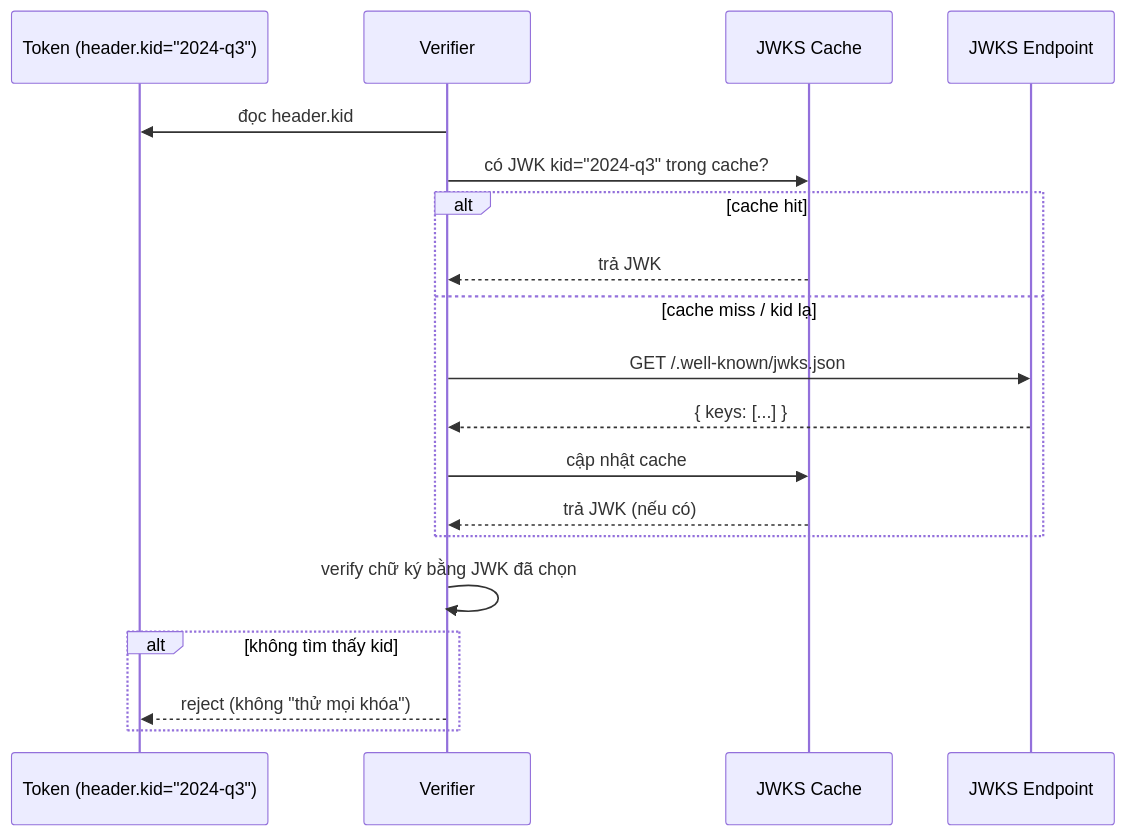
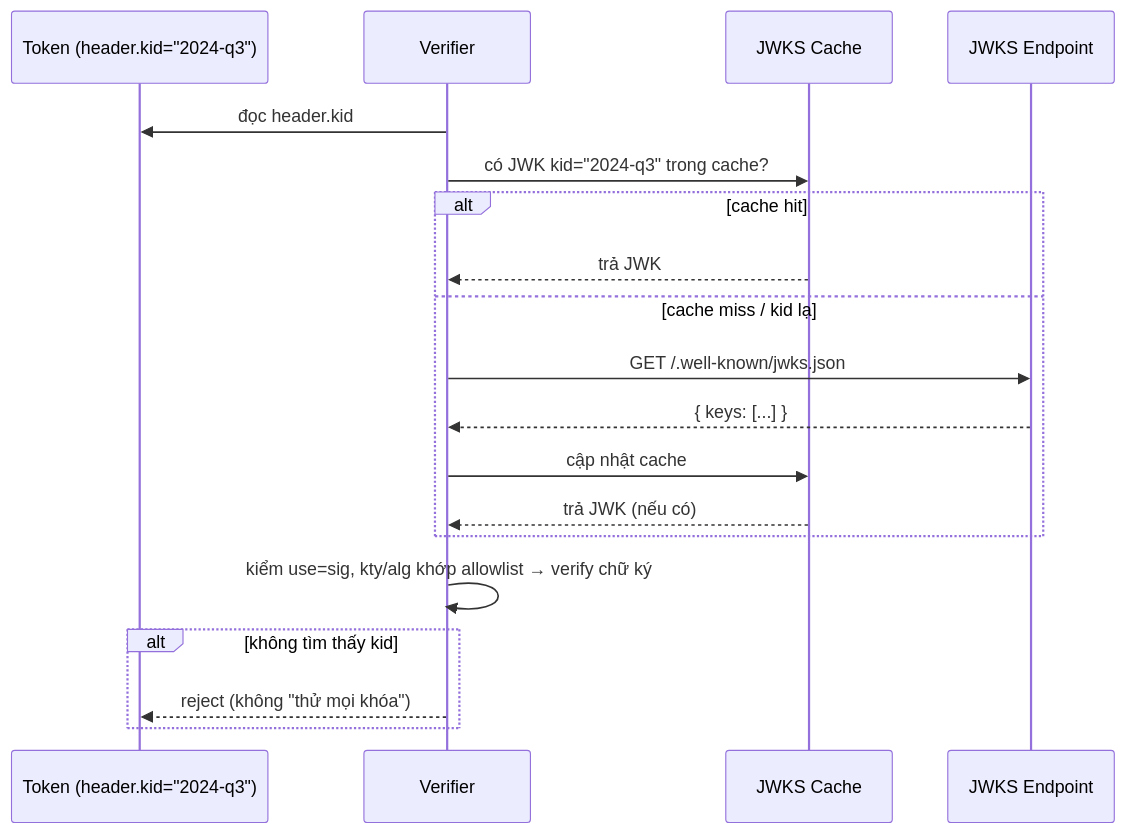
One commit to vanhiep99w/jwt-learn changed the diagram in content/docs/cryptography/jwk-and-jwks.md. Above: the diagram before and after it, drawn with Mermaid. The commit also changed other lines of this file and 2 other files, not shown here.

Commit message:
docs: đào sâu 3 deep-dive Cryptography (ví dụ tính tay, KMS, side-channel, timeline)

````diff
--- a/content/docs/cryptography/jwk-and-jwks.md
+++ b/content/docs/cryptography/jwk-and-jwks.md
@@ -162,21 +271,21 @@
 ```mermaid
 sequenceDiagram
     participant T as Token (header.kid="2024-q3")
     participant V as Verifier
     participant C as JWKS Cache
     participant J as JWKS Endpoint
     V->>T: đọc header.kid
     V->>C: có JWK kid="2024-q3" trong cache?
     alt cache hit
         C-->>V: trả JWK
     else cache miss / kid lạ
         V->>J: GET /.well-known/jwks.json
         J-->>V: { keys: [...] }
         V->>C: cập nhật cache
         C-->>V: trả JWK (nếu có)
     end
-    V->>V: verify chữ ký bằng JWK đã chọn
+    V->>V: kiểm use=sig, kty/alg khớp allowlist → verify chữ ký
     alt không tìm thấy kid
         V-->>T: reject (không "thử mọi khóa")
     end
 ```
````
